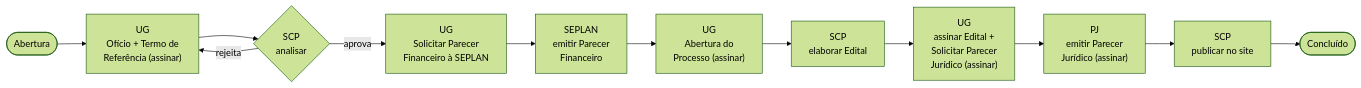
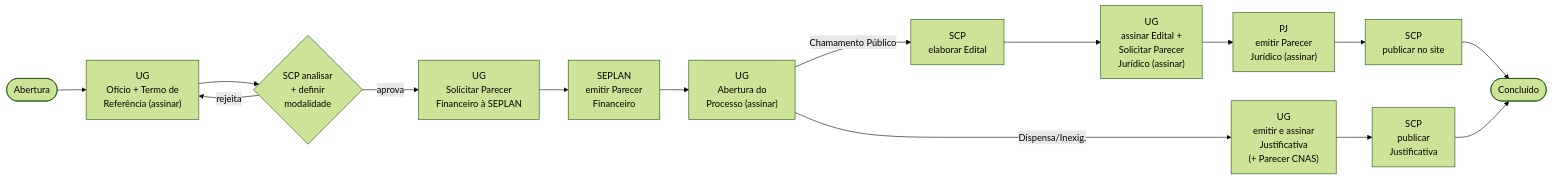
The second of 2 diagrams in README.md (IsaacMRodrigues/gestaoParcerias), drawn with Mermaid (forest theme) before and after one commit. The commit also changed other lines of this file and 17 other files, not shown here.

````diff
--- a/README.md
+++ b/README.md
@@ -79,14 +82,17 @@
 ```mermaid
 flowchart LR
     A(["Abertura"]) --> E1["UG<br/>Ofício + Termo de<br/>Referência (assinar)"]
-    E1 --> E2{"SCP<br/>analisar"}
+    E1 --> E2{"SCP analisar<br/>+ definir<br/>modalidade"}
     E2 -->|rejeita| E1
     E2 -->|aprova| E3["UG<br/>Solicitar Parecer<br/>Financeiro à SEPLAN"]
     E3 --> E4["SEPLAN<br/>emitir Parecer<br/>Financeiro"]
     E4 --> E5["UG<br/>Abertura do<br/>Processo (assinar)"]
-    E5 --> E6["SCP<br/>elaborar Edital"]
-    E6 --> E7["UG<br/>assinar Edital +<br/>Solicitar Parecer<br/>Jurídico (assinar)"]
-    E7 --> E8["PJ<br/>emitir Parecer<br/>Jurídico (assinar)"]
-    E8 --> E9["SCP<br/>publicar no site"]
-    E9 --> Z(["Concluído"])
+    E5 -->|Chamamento Público| C6["SCP<br/>elaborar Edital"]
+    C6 --> C7["UG<br/>assinar Edital +<br/>Solicitar Parecer<br/>Jurídico (assinar)"]
+    C7 --> C8["PJ<br/>emitir Parecer<br/>Jurídico (assinar)"]
+    C8 --> C9["SCP<br/>publicar no site"]
+    C9 --> Z(["Concluído"])
+    E5 -->|Dispensa/Inexig.| D6["UG<br/>emitir e assinar<br/>Justificativa<br/>(+ Parecer CNAS)"]
+    D6 --> D7["SCP<br/>publicar<br/>Justificativa"]
+    D7 --> Z
 ```
````
